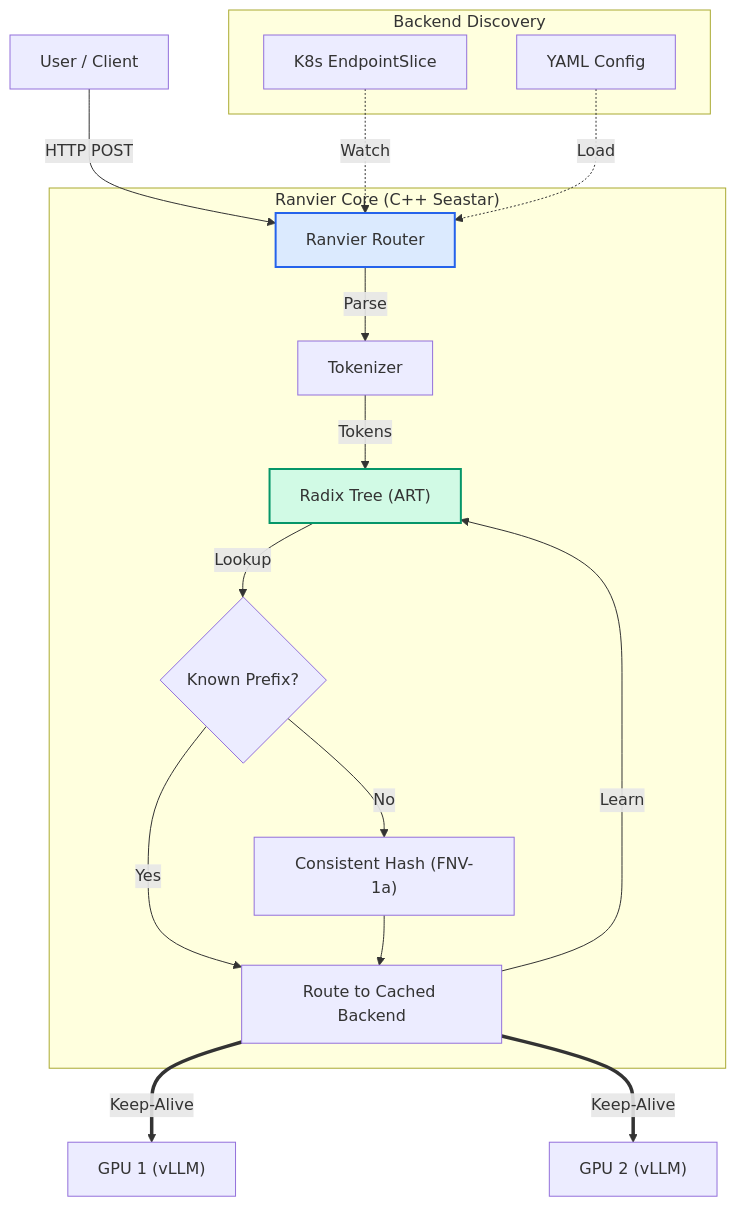
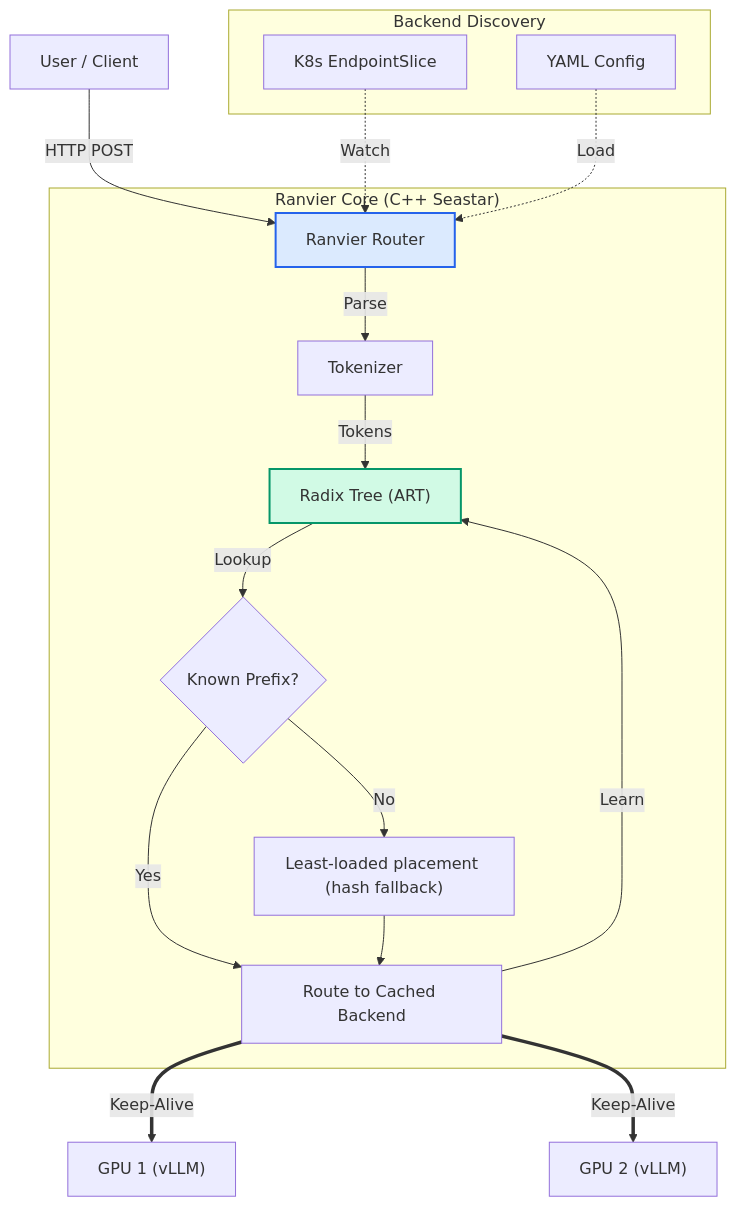
Before and after one commit to Ranvier-Systems/ranvier-core: the diagram in README.md, drawn with Mermaid. The commit also changed other lines of this file, not shown here.

````diff
--- a/README.md
+++ b/README.md
@@ -186,25 +191,25 @@
 ```mermaid
 graph TD
     User["User / Client"] -->|HTTP POST| Router["Ranvier Router"]
 
     subgraph "Ranvier Core (C++ Seastar)"
         Router -->|Parse| Tokenizer["Tokenizer"]
         Tokenizer -->|Tokens| Radix["Radix Tree (ART)"]
         Radix -->|Lookup| Cache{"Known Prefix?"}
         Cache -- Yes --> Route["Route to Cached Backend"]
-        Cache -- No --> Hash["Consistent Hash (FNV-1a)"]
-        Hash --> Route
+        Cache -- No --> Place["Least-loaded placement (hash fallback)"]
+        Place --> Route
         Route -->|Learn| Radix
     end
 
     subgraph "Backend Discovery"
         K8s["K8s EndpointSlice"] -.->|Watch| Router
         Config["YAML Config"] -.->|Load| Router
     end
 
     Route == "Keep-Alive" ==> GPU1["GPU 1 (vLLM)"]
     Route == "Keep-Alive" ==> GPU2["GPU 2 (vLLM)"]
 
     style Router fill:#dbeafe,stroke:#2563eb,stroke-width:2px
     style Radix fill:#d1fae5,stroke:#059669,stroke-width:2px
 ```
````
